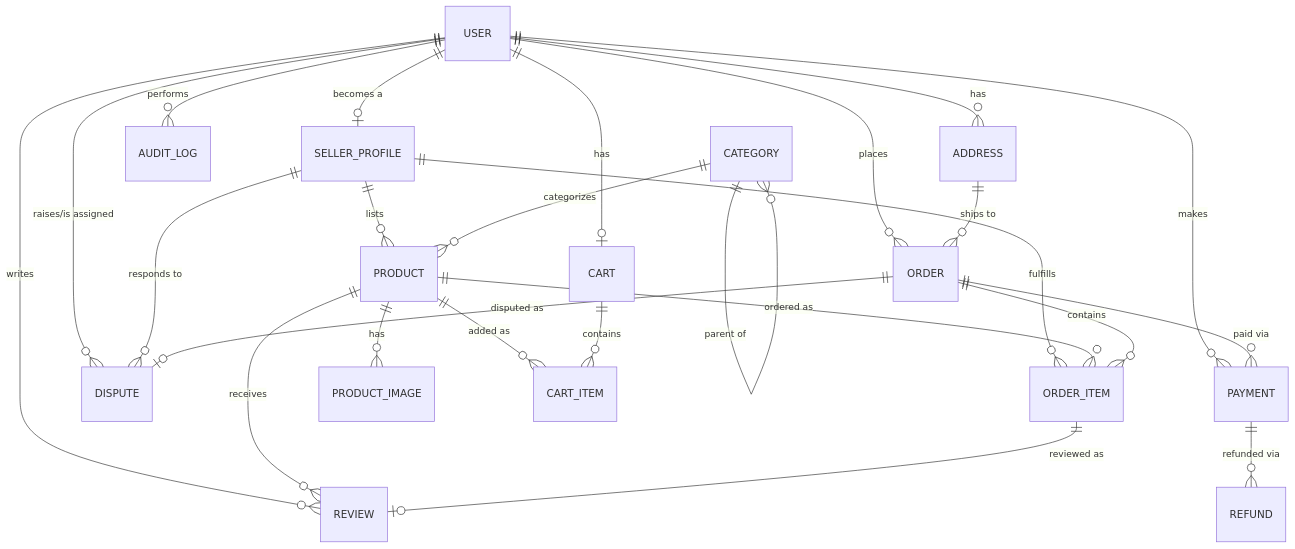
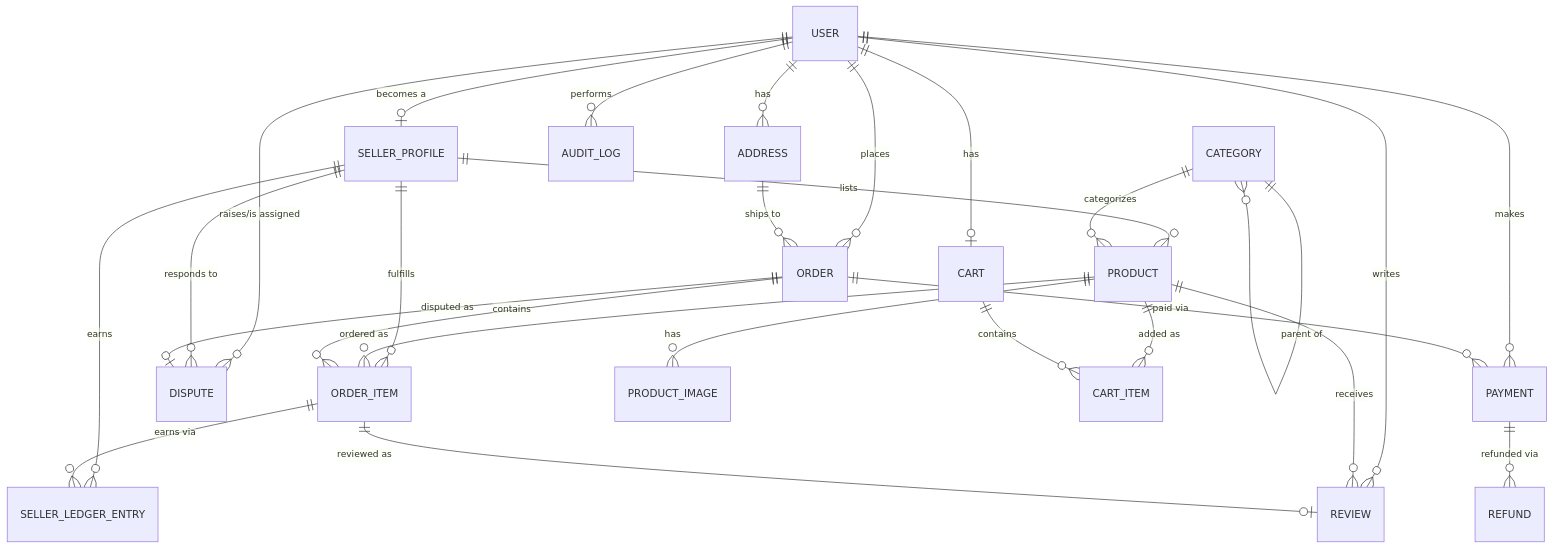
Before and after one commit to kemheng25-rgb/Spring-API-Ecommerce: the first of 4 diagrams in ARCHITECTURE.md, drawn with Mermaid. The commit also changed other lines of this file and 34 other files, not shown here.

````diff
--- a/ARCHITECTURE.md
+++ b/ARCHITECTURE.md
@@ -33,33 +33,35 @@
 ```mermaid
 erDiagram
     USER ||--o{ ADDRESS : has
     USER ||--o| SELLER_PROFILE : "becomes a"
     USER ||--o| CART : has
     USER ||--o{ ORDER : places
     USER ||--o{ PAYMENT : makes
     USER ||--o{ REVIEW : writes
     USER ||--o{ DISPUTE : "raises/is assigned"
     USER ||--o{ AUDIT_LOG : performs
 
     SELLER_PROFILE ||--o{ PRODUCT : lists
     SELLER_PROFILE ||--o{ ORDER_ITEM : fulfills
     SELLER_PROFILE ||--o{ DISPUTE : "responds to"
+    SELLER_PROFILE ||--o{ SELLER_LEDGER_ENTRY : earns
 
     CATEGORY ||--o{ CATEGORY : "parent of"
     CATEGORY ||--o{ PRODUCT : categorizes
 
     PRODUCT ||--o{ PRODUCT_IMAGE : has
     PRODUCT ||--o{ CART_ITEM : "added as"
     PRODUCT ||--o{ ORDER_ITEM : "ordered as"
     PRODUCT ||--o{ REVIEW : receives
 
     CART ||--o{ CART_ITEM : contains
 
     ADDRESS ||--o{ ORDER : "ships to"
     ORDER ||--o{ ORDER_ITEM : contains
     ORDER ||--o{ PAYMENT : "paid via"
     ORDER ||--o| DISPUTE : "disputed as"
 
     ORDER_ITEM ||--o| REVIEW : "reviewed as"
+    ORDER_ITEM ||--o{ SELLER_LEDGER_ENTRY : "earns via"
     PAYMENT ||--o{ REFUND : "refunded via"
 ```
````
